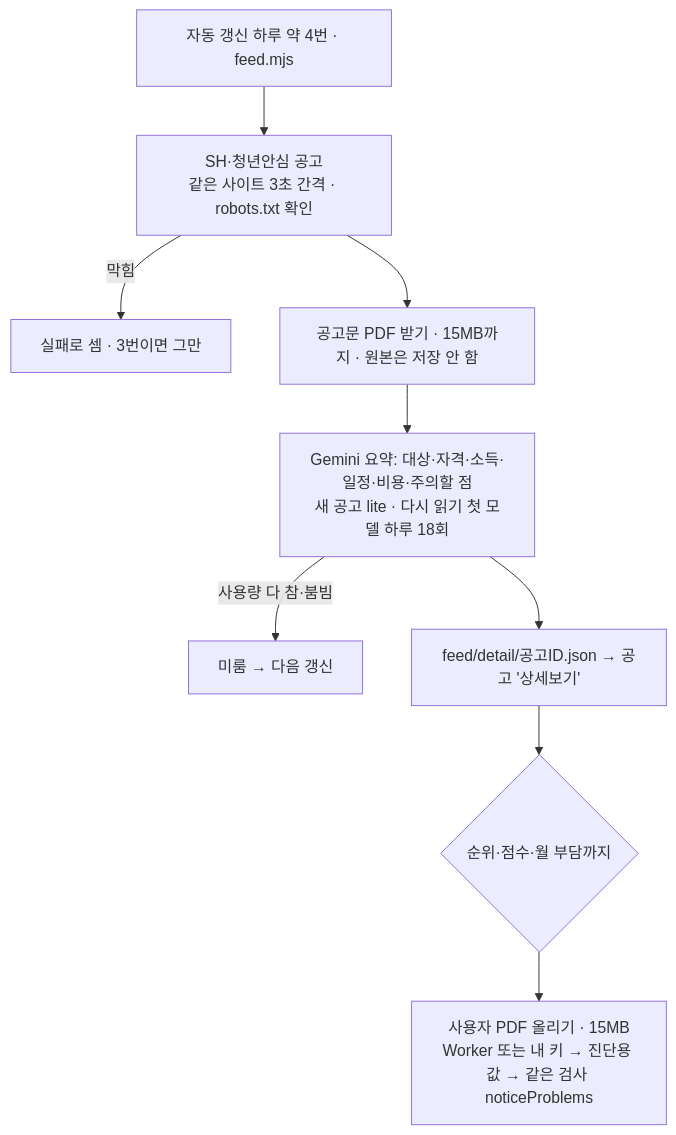
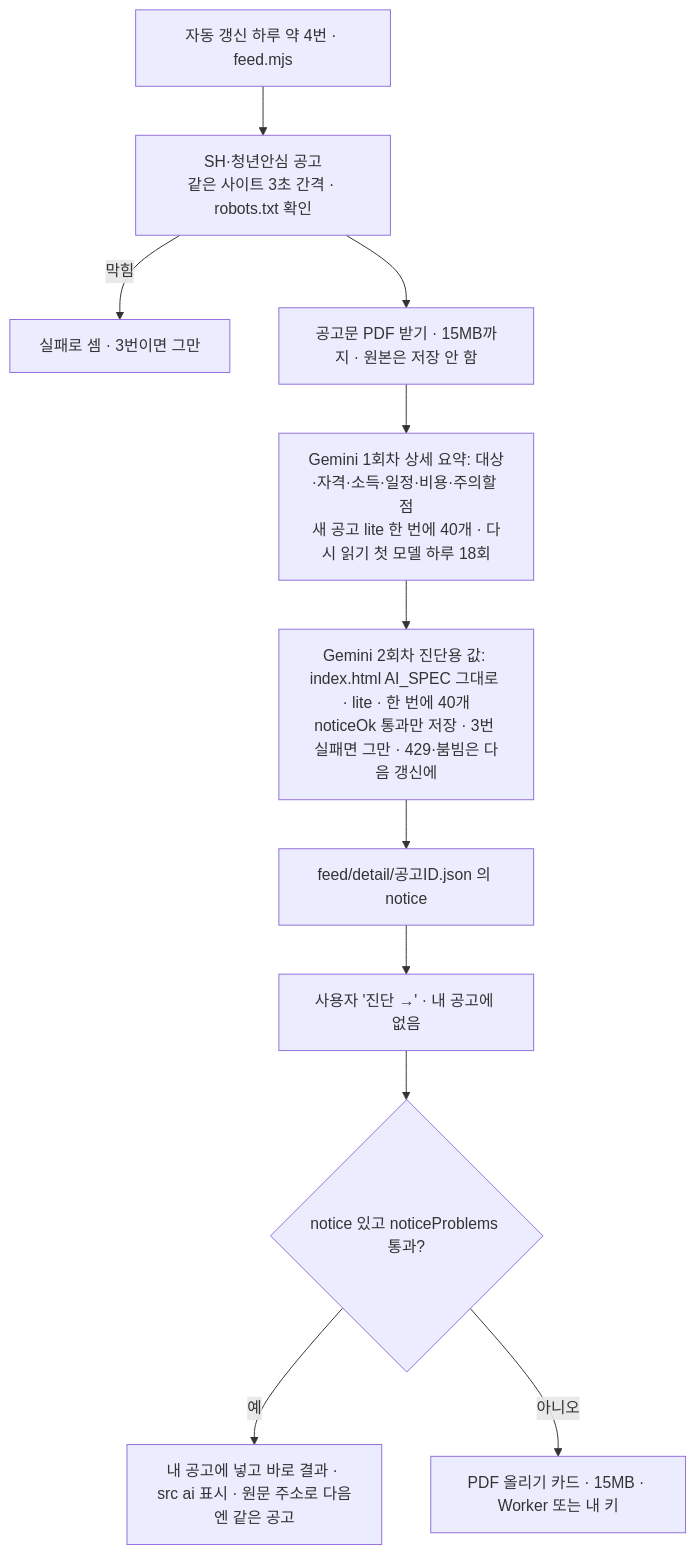
Before and after one commit to DioneLee/cheongyak-check: the diagram in docs/design/공고상세.md, drawn with Mermaid. The commit also changed other lines of this file and 8 other files, not shown here.

Commit message:
feat: 진단용 값 미리 읽기 — 자동 갱신이 게시판(SH·청년안심) 공고문을 사이트와 같은 지시문(AI_SPEC)으로 한 번 더 읽어 feed/detail 의 notice 로 · '진단 →' 때 검사 통과하면 PDF 없이 바로 결과(AI 표시) · 모자라면 지금처럼 PDF 올리기 · lite 새 공고 한 번에 5 → 40 · detail 65 · check 187 · sw 16c

````diff
--- a/docs/design/공고상세.md
+++ b/docs/design/공고상세.md
@@ -3,11 +3,13 @@
 ```mermaid
 flowchart TD
   A[자동 갱신 하루 약 4번 · feed.mjs] --> B[SH·청년안심 공고<br/>같은 사이트 3초 간격 · robots.txt 확인]
   B -->|막힘| X[실패로 셈 · 3번이면 그만]
   B --> C[공고문 PDF 받기 · 15MB까지 · 원본은 저장 안 함]
-  C --> D[Gemini 요약: 대상·자격·소득·일정·비용·주의할 점<br/>새 공고 lite · 다시 읽기 첫 모델 하루 18회]
-  D -->|사용량 다 참·붐빔| Y[미룸 → 다음 갱신]
-  D --> E[feed/detail/공고ID.json → 공고 '상세보기']
-  E --> F{순위·점수·월 부담까지}
-  F --> G[사용자 PDF 올리기 · 15MB<br/>Worker 또는 내 키 → 진단용 값 → 같은 검사 noticeProblems]
+  C --> D[Gemini 1회차 상세 요약: 대상·자격·소득·일정·비용·주의할 점<br/>새 공고 lite 한 번에 40개 · 다시 읽기 첫 모델 하루 18회]
+  D --> N[Gemini 2회차 진단용 값: index.html AI_SPEC 그대로 · lite · 한 번에 40개<br/>noticeOk 통과만 저장 · 3번 실패면 그만 · 429·붐빔은 다음 갱신에]
+  N --> E[feed/detail/공고ID.json 의 notice]
+  E --> G[사용자 '진단 →' · 내 공고에 없음]
+  G --> H{notice 있고 noticeProblems 통과?}
+  H -- 예 --> I[내 공고에 넣고 바로 결과 · src ai 표시 · 원문 주소로 다음엔 같은 공고]
+  H -- 아니오 --> J[PDF 올리기 카드 · 15MB · Worker 또는 내 키]
 ```
````
